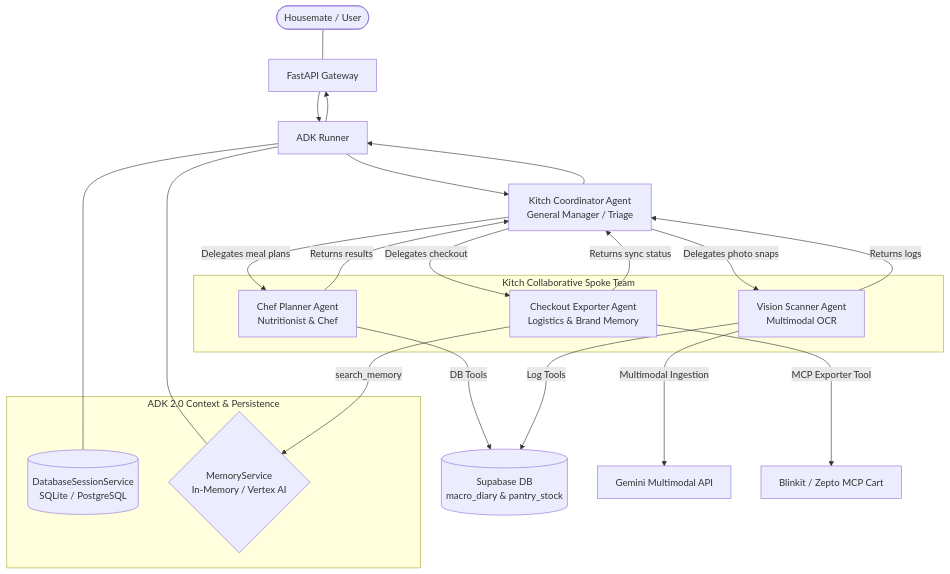
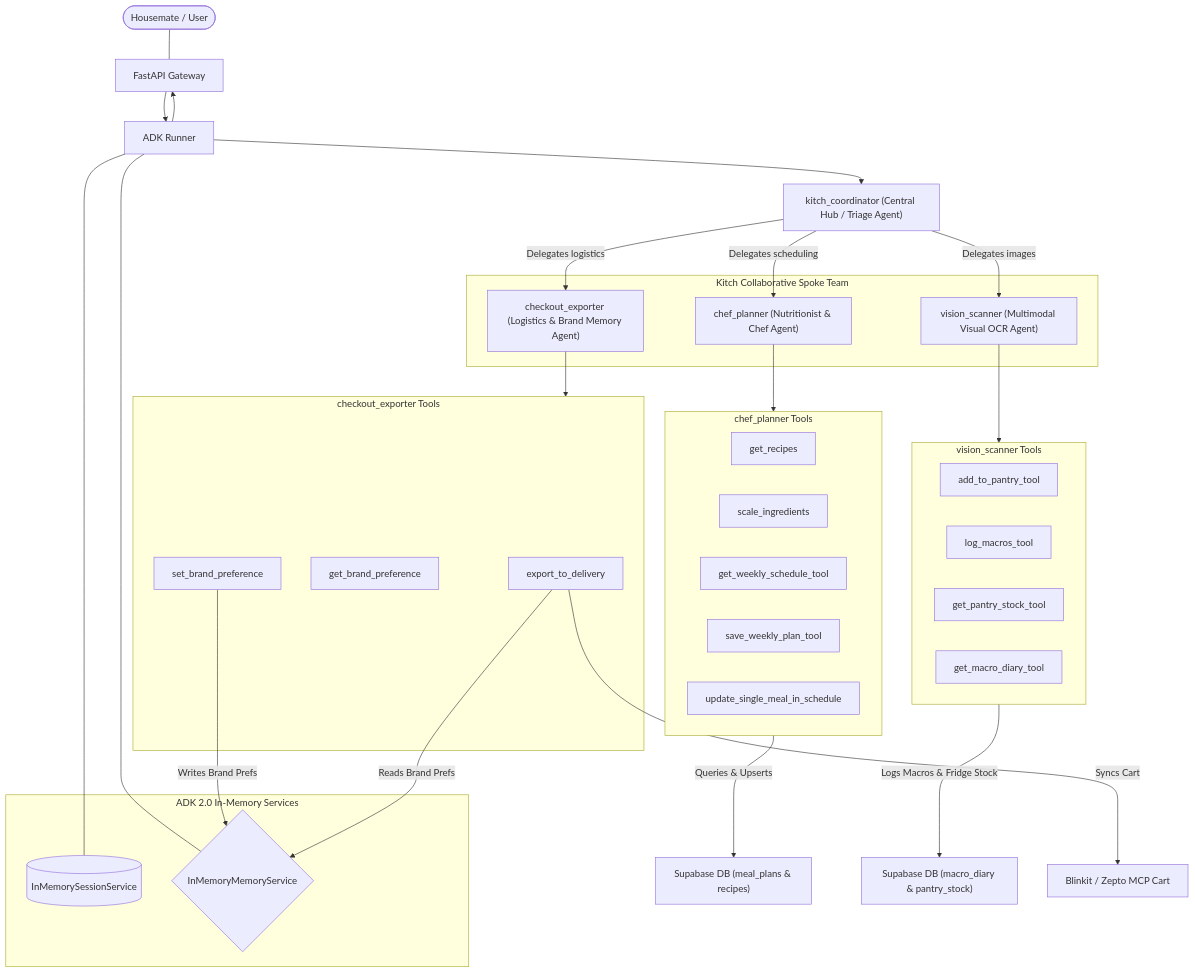
The diagram in agent_topology.md (architworks/meal_and_grocery_agent), drawn with Mermaid before and after one commit. The commit also changed 1 other file, not shown here.

Commit message:
refactor: update agent topology documentation and definitions to specify spoke tool responsibilities and add in-memory playground debug environment

````diff
--- a/agent_topology.md
+++ b/agent_topology.md
@@ -11,45 +11,60 @@
 ```mermaid
 flowchart TD
     %% Entry point
     User([Housemate / User]) --- Gateway[FastAPI Gateway]
     Gateway --> Runner[ADK Runner]
     Runner --> Gateway
     
     %% Native Services Layer
-    subgraph ADK_Services [ADK 2.0 Context & Persistence]
-        SessionSvc[(DatabaseSessionService<br>SQLite / PostgreSQL)]
-        MemorySvc{MemoryService<br>In-Memory / Vertex AI}
+    subgraph ADK_Services ["ADK 2.0 In-Memory Services"]
+        SessionSvc[(InMemorySessionService)]
+        MemorySvc{InMemoryMemoryService}
     end
     
     Runner --- SessionSvc
     Runner --- MemorySvc
     
     %% Parent Coordinator
-    Runner --> Parent[Kitch Coordinator Agent<br>General Manager / Triage]
-    Parent --> Runner
+    Runner --> Parent["kitch_coordinator (Central Hub / Triage Agent)"]
     
-    %% Multi-Agent Routing & Delegation (3-Spoke Topology)
-    subgraph Agent_Team [Kitch Collaborative Spoke Team]
-        SubChef[Chef Planner Agent<br>Nutritionist & Chef]
-        SubVision[Vision Scanner Agent<br>Multimodal OCR]
-        SubCart[Checkout Exporter Agent<br>Logistics & Brand Memory]
+    %% Multi-Agent Routing & Delegation (3-Spoke Team)
+    subgraph Agent_Team ["Kitch Collaborative Spoke Team"]
+        SubChef["chef_planner (Nutritionist & Chef Agent)"]
+        SubVision["vision_scanner (Multimodal Visual OCR Agent)"]
+        SubCart["checkout_exporter (Logistics & Brand Memory Agent)"]
     end
     
-    Parent -->|Delegates meal plans| SubChef
-    SubChef -->|Returns results| Parent
+    Parent -->|Delegates scheduling| SubChef
+    Parent -->|Delegates images| SubVision
+    Parent -->|Delegates logistics| SubCart
     
-    Parent -->|Delegates photo snaps| SubVision
-    SubVision -->|Returns logs| Parent
+    %% Spoke Tools & DB Connections
+    subgraph Chef_Tools ["chef_planner Tools"]
+        T_Recipes[get_recipes]
+        T_Scale[scale_ingredients]
+        T_GetSched[get_weekly_schedule_tool]
+        T_SavePlan[save_weekly_plan_tool]
+        T_SwapMeal[update_single_meal_in_schedule]
+    end
+    SubChef --> Chef_Tools
+    Chef_Tools -->|Queries & Upserts| SupabasePlanner["Supabase DB (meal_plans & recipes)"]
     
-    Parent -->|Delegates checkout| SubCart
-    SubCart -->|Returns sync status| Parent
+    subgraph Vision_Tools ["vision_scanner Tools"]
+        T_AddPantry[add_to_pantry_tool]
+        T_LogMacros[log_macros_tool]
+        T_GetPantry[get_pantry_stock_tool]
+        T_GetMacroDiary[get_macro_diary_tool]
+    end
+    SubVision --> Vision_Tools
+    Vision_Tools -->|Logs Macros & Fridge Stock| SupabaseDiary["Supabase DB (macro_diary & pantry_stock)"]
     
-    %% Specialized Spoke Dependencies
-    SubChef -->|DB Tools| DB[(Supabase DB<br>meal_plans & recipes)]
-    
-    SubVision -->|Multimodal Ingestion| Gemini[Gemini Multimodal API]
-    SubVision -->|Log Tools| DB[(Supabase DB<br>macro_diary & pantry_stock)]
-    
-    SubCart -->|search_memory| MemorySvc
-    SubCart -->|MCP Exporter Tool| MCP[Blinkit / Zepto MCP Cart]
+    subgraph Checkout_Tools ["checkout_exporter Tools"]
+        T_Export[export_to_delivery]
+        T_GetBrand[get_brand_preference]
+        T_SetBrand[set_brand_preference]
+    end
+    SubCart --> Checkout_Tools
+    T_SetBrand -->|Writes Brand Prefs| MemorySvc
+    T_Export -->|Reads Brand Prefs| MemorySvc
+    T_Export -->|Syncs Cart| MCP["Blinkit / Zepto MCP Cart"]
 ```
````
